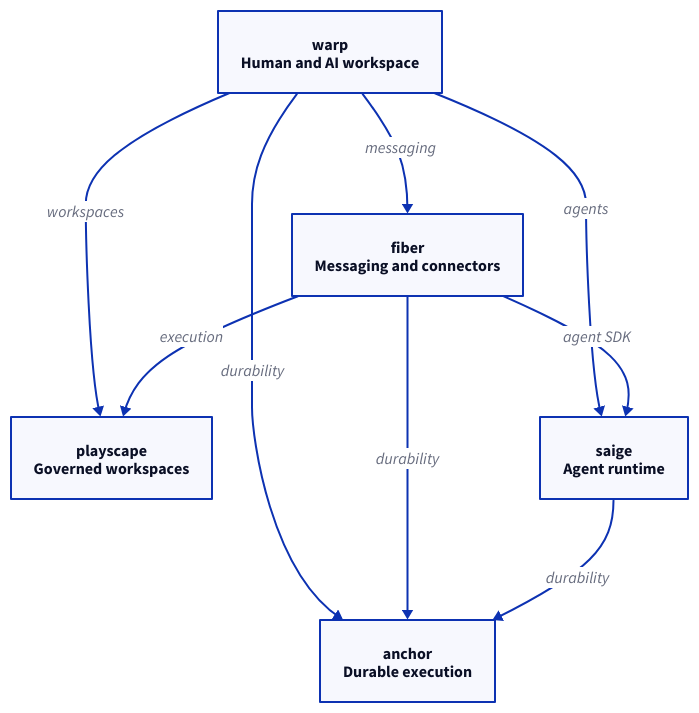
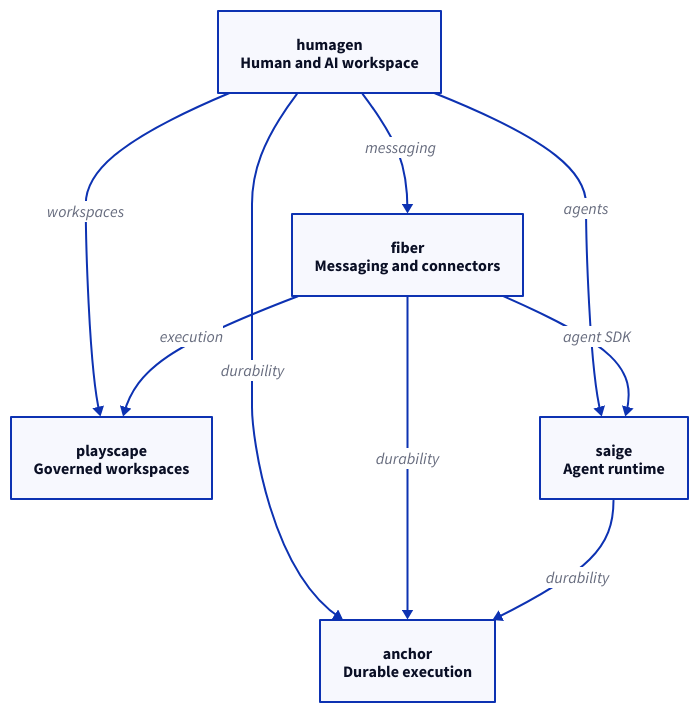
The diagram in assets/stack.d2 (urmzd/urmzd), drawn with D2 before and after one commit. The commit also changed 3 other files, not shown here.

First line of the commit message:
docs: rename warp to humagen in the profile (#12)

```diff
--- a/assets/stack.d2
+++ b/assets/stack.d2
@@ -1,15 +1,15 @@
 # Generated from profile.toml. Do not edit by hand.
 direction: down
-warp: "warp\nHuman and AI workspace" {class: project}
+humagen: "humagen\nHuman and AI workspace" {class: project}
 fiber: "fiber\nMessaging and connectors" {class: project}
 playscape: "playscape\nGoverned workspaces" {class: project}
 saige: "saige\nAgent runtime" {class: project}
 anchor: "anchor\nDurable execution" {class: project}
-warp -> fiber: "messaging" {class: dependency}
-warp -> saige: "agents" {class: dependency}
-warp -> playscape: "workspaces" {class: dependency}
-warp -> anchor: "durability" {class: dependency}
+humagen -> fiber: "messaging" {class: dependency}
+humagen -> saige: "agents" {class: dependency}
+humagen -> playscape: "workspaces" {class: dependency}
+humagen -> anchor: "durability" {class: dependency}
 fiber -> playscape: "execution" {class: dependency}
 fiber -> saige: "agent SDK" {class: dependency}
 fiber -> anchor: "durability" {class: dependency}
 saige -> anchor: "durability" {class: dependency}
```
